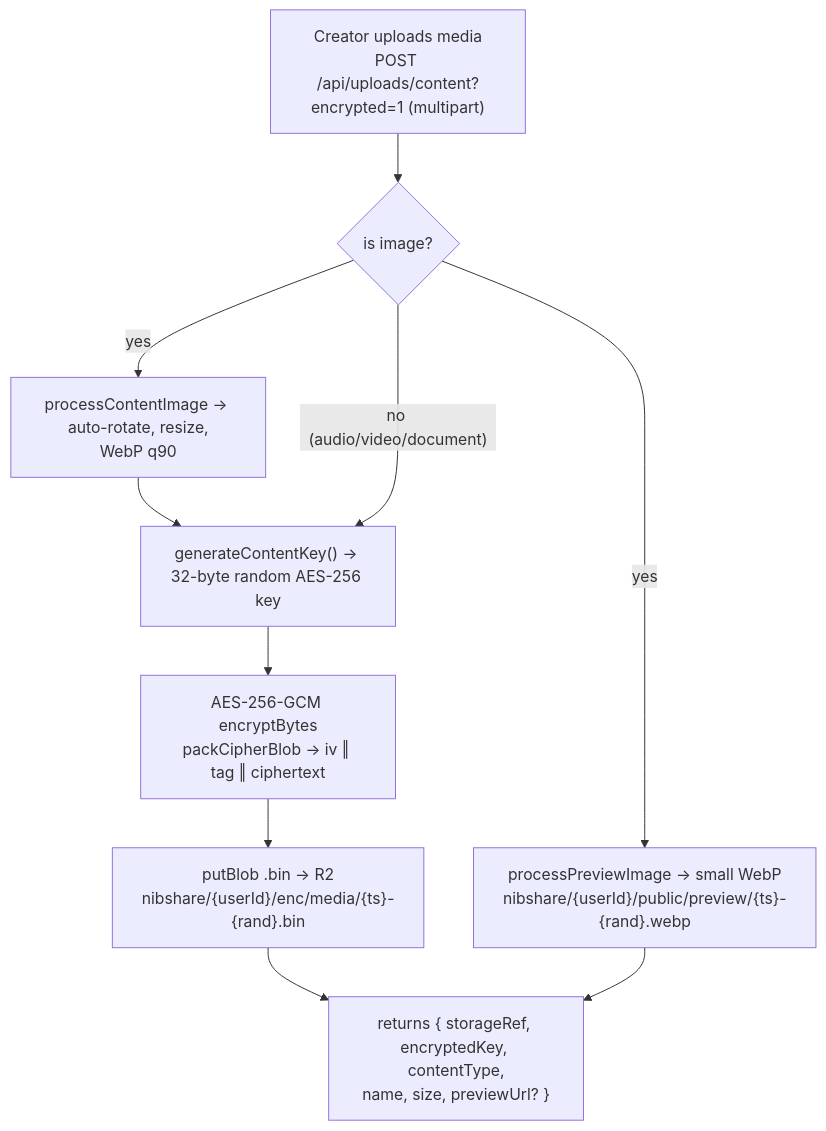
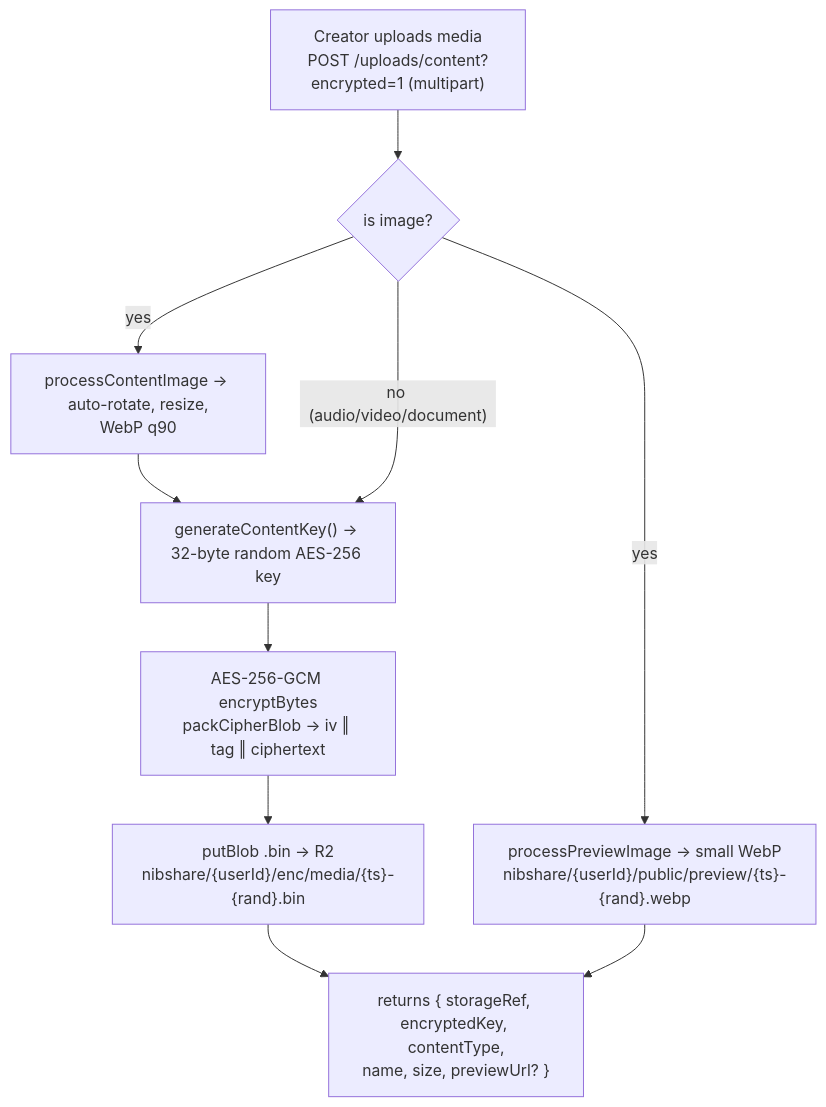
The second of 6 diagrams in docs/src/app/nibshare/page.mdx (fortunesayspump/nibgate), drawn with Mermaid before and after one commit. The commit also changed other lines of this file and 55 other files, not shown here.

````diff
--- a/docs/src/app/nibshare/page.mdx
+++ b/docs/src/app/nibshare/page.mdx
@@ -88,18 +88,18 @@
 ```mermaid
 flowchart TD
-    E["Creator uploads media<br/>POST /api/uploads/content?encrypted=1 (multipart)"]
+    E["Creator uploads media<br/>POST /uploads/content?encrypted=1 (multipart)"]
     O{"is image?"}
     P["processContentImage → auto-rotate, resize,<br/>WebP q90"]
     K["generateContentKey() → 32-byte random AES-256 key"]
     C["AES-256-GCM encryptBytes<br/>packCipherBlob → iv ‖ tag ‖ ciphertext"]
     U["putBlob .bin → R2<br/>nibshare/{userId}/enc/media/{ts}-{rand}.bin"]
     PV["processPreviewImage → small WebP<br/>nibshare/{userId}/public/preview/{ts}-{rand}.webp"]
     R["returns { storageRef, encryptedKey, contentType,<br/>name, size, previewUrl? }"]
 
     E --> O
     O -- yes --> P --> K
     O -- no (audio/video/document) --> K
     K --> C --> U --> R
     O -- yes --> PV
     PV --> R
 ```
````
